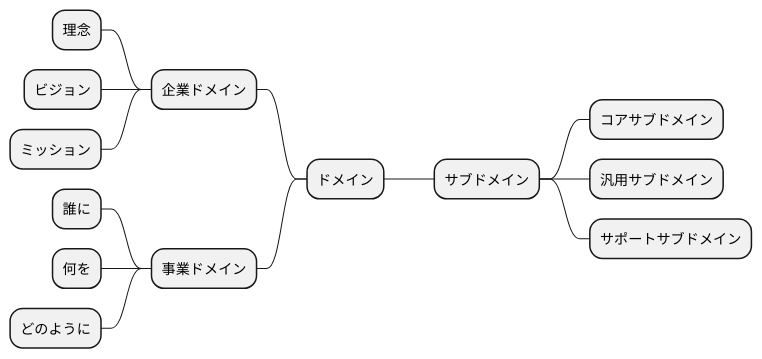
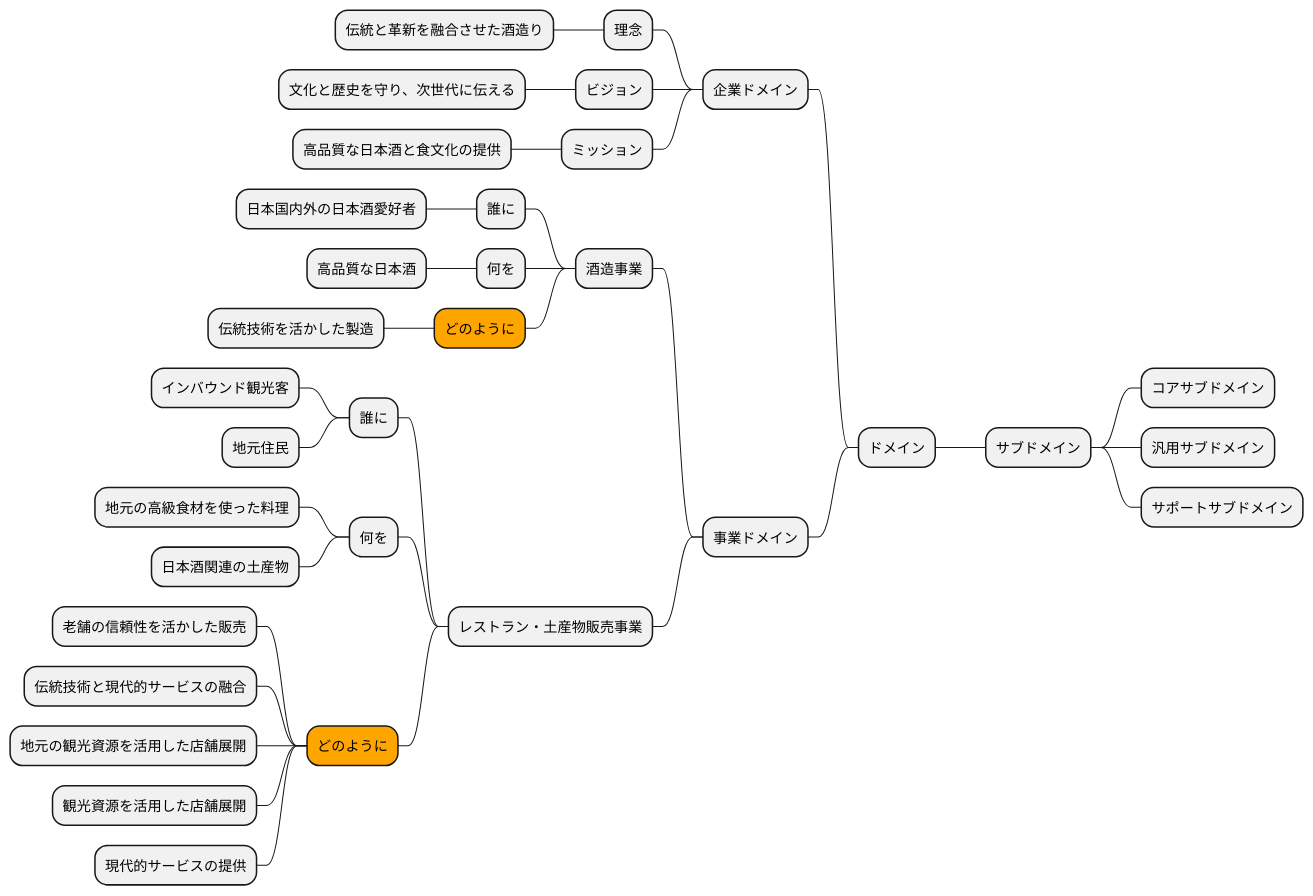
Before and after one commit to k2works/case-sutudy-business-analysis: diagram 13 of 16 in docs/case/r02_case_1.adoc, drawn with PlantUML. The commit also changed other lines of this file and 1 other file, not shown here.

```diff
--- a/docs/case/r02_case_1.adoc
+++ b/docs/case/r02_case_1.adoc
@@ -501,25 +742,42 @@
 [plantuml]
 ----
 @startmindmap
 
 * ドメイン
-
 left side
 ** 企業ドメイン
 *** 理念
+**** 伝統と革新を融合させた酒造り
 *** ビジョン
+**** 文化と歴史を守り、次世代に伝える
 *** ミッション
+**** 高品質な日本酒と食文化の提供
 ** 事業ドメイン
-*** 誰に
-*** 何を
-*** どのように
-
+*** 酒造事業
+**** 誰に
+***** 日本国内外の日本酒愛好者
+**** 何を
+***** 高品質な日本酒
+****[#orange] どのように
+***** 伝統技術を活かした製造
+*** レストラン・土産物販売事業
+**** 誰に
+***** インバウンド観光客
+***** 地元住民
+**** 何を
+***** 地元の高級食材を使った料理
+***** 日本酒関連の土産物
+****[#orange] どのように
+***** 老舗の信頼性を活かした販売
+***** 伝統技術と現代的サービスの融合
+***** 地元の観光資源を活用した店舗展開
+***** 観光資源を活用した店舗展開
+***** 現代的サービスの提供
 right side
-
 ** サブドメイン
 *** コアサブドメイン
 *** 汎用サブドメイン
 *** サポートサブドメイン
 
 @endmindmap
 ----
```
